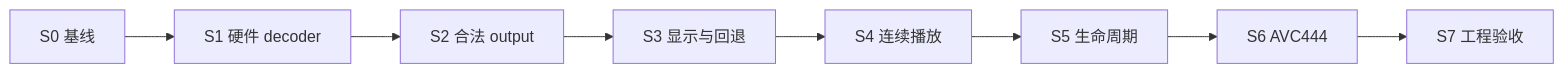
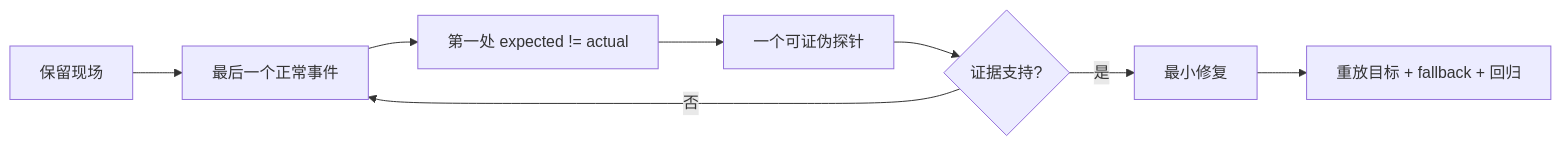
One commit to xiaomu120413/harmonyos-sdd-ralph-workshop changed the tenth of 12 diagrams in harmonyos-sdd-ralph-workshop.md. Above: the diagram before and after it, drawn with Mermaid. The commit also changed other lines of this file and 5 other files, not shown here.

````diff
--- a/harmonyos-sdd-ralph-workshop.md
+++ b/harmonyos-sdd-ralph-workshop.md
@@ -1763,5 +1766,7 @@
 ```mermaid
 flowchart LR
-  S0["S0 基线"] --> S1["S1 硬件 decoder"] --> S2["S2 合法 output"] --> S3["S3 显示与回退"]
-  S3 --> S4["S4 连续播放"] --> S5["S5 生命周期"] --> S6["S6 AVC444"] --> S7["S7 工程验收"]
+  A["保留现场"] --> B["最后一个正常事件"] --> C["第一处 expected != actual"]
+  C --> D["一个可证伪探针"] --> E{"证据支持?"}
+  E -->|否| B
+  E -->|是| F["最小修复"] --> G["重放目标 + fallback + 回归"]
 ```
````
